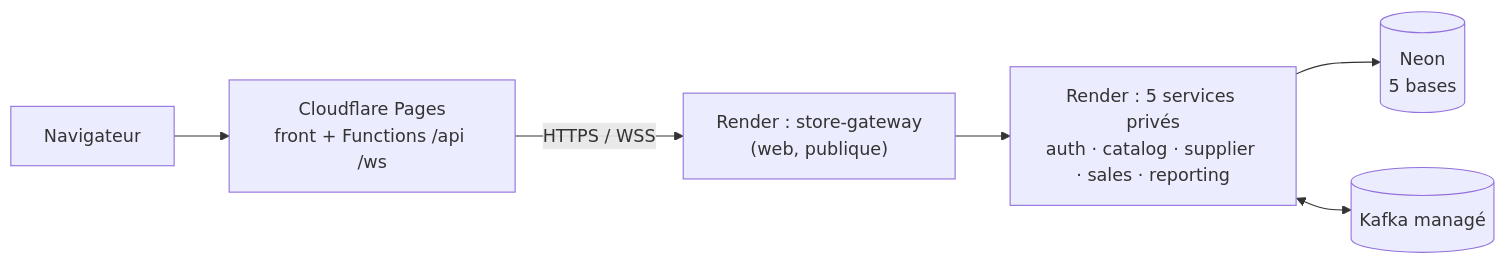
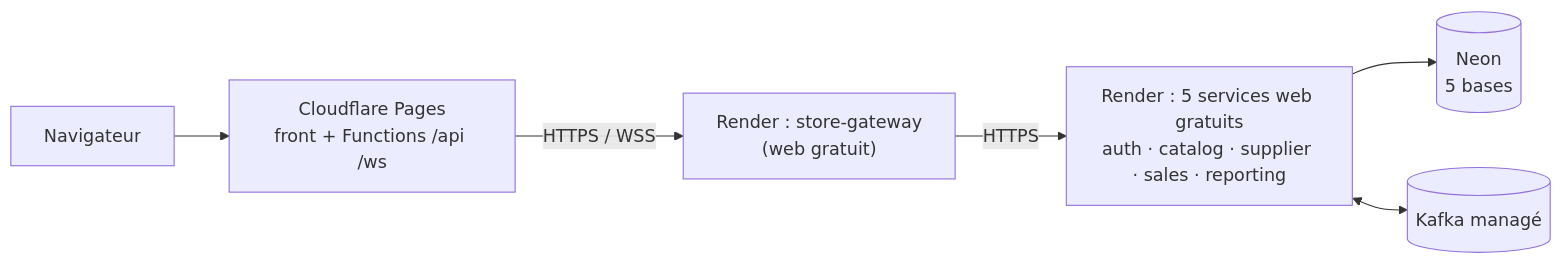
The diagram in DEPLOYMENT.md (HaouacheOmar/store_management), drawn with Mermaid before and after one commit. The commit also changed other lines of this file and 5 other files, not shown here.

````diff
--- a/DEPLOYMENT.md
+++ b/DEPLOYMENT.md
@@ -12,8 +12,8 @@
 ```mermaid
 flowchart LR
     B[Navigateur] --> P["Cloudflare Pages<br/>front + Functions /api /ws"]
-    P -->|HTTPS / WSS| G["Render : store-gateway<br/>(web, publique)"]
-    G --> S["Render : 5 services privés<br/>auth · catalog · supplier · sales · reporting"]
+    P -->|HTTPS / WSS| G["Render : store-gateway<br/>(web gratuit)"]
+    G -->|HTTPS| S["Render : 5 services web gratuits<br/>auth · catalog · supplier · sales · reporting"]
     S --> N[("Neon<br/>5 bases")]
     S <--> K[(Kafka managé)]
 ```
````
